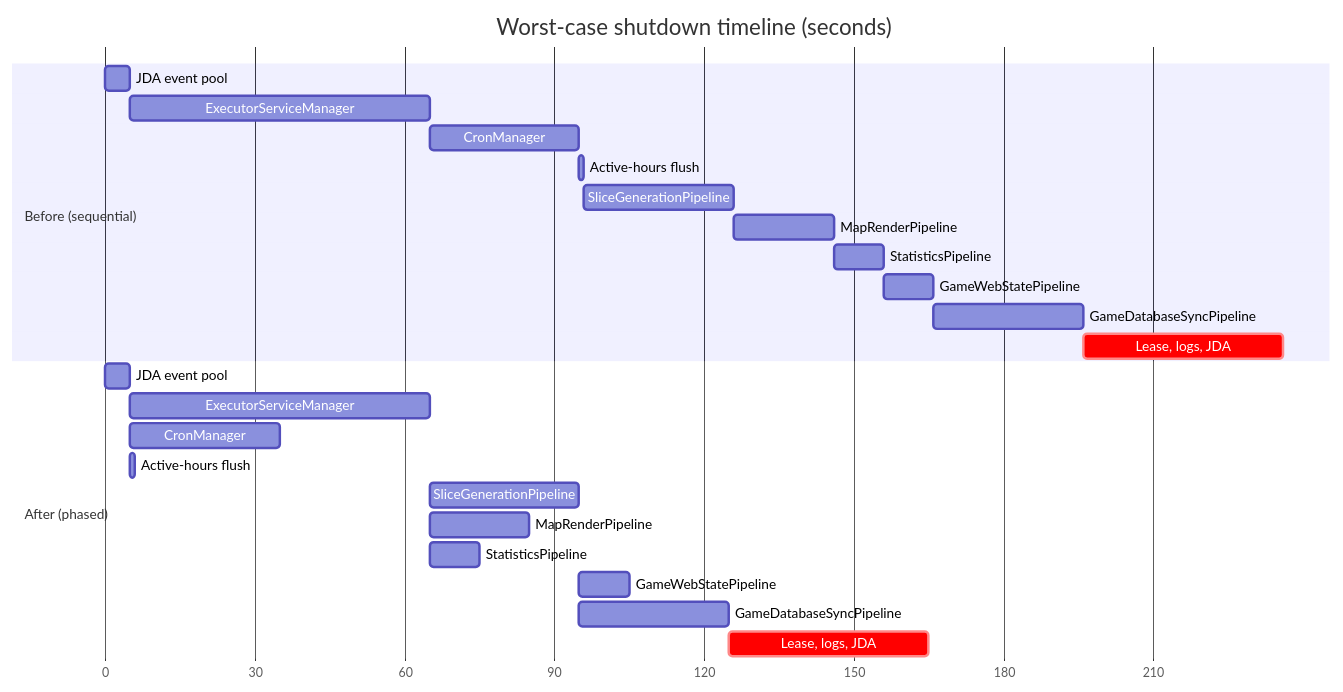
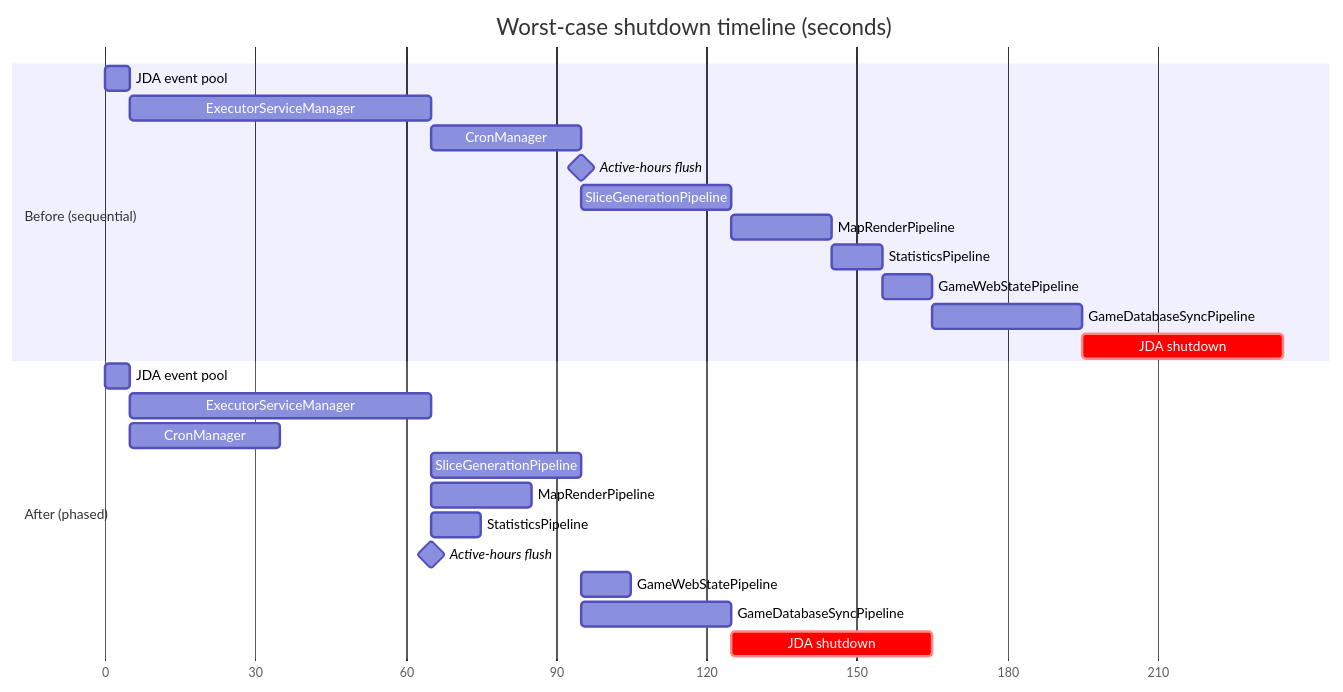
The fifth of 5 diagrams in DEPLOYMENT.md (AsyncTI4/TI4_map_generator_bot), drawn with Mermaid before and after one commit. The commit also changed other lines of this file and 5 other files, not shown here.

````diff
--- a/DEPLOYMENT.md
+++ b/DEPLOYMENT.md
@@ -213,30 +219,30 @@
 ```mermaid
 gantt
     title Worst-case shutdown timeline (seconds)
     dateFormat X
     axisFormat %s
 
     section Before (sequential)
     JDA event pool            :b1, 0, 5s
     ExecutorServiceManager    :b2, after b1, 60s
     CronManager               :b3, after b2, 30s
-    Active-hours flush        :b4, after b3, 1s
-    SliceGenerationPipeline   :b5, after b4, 30s
+    Active-hours flush        :milestone, b4, after b3, 0s
+    SliceGenerationPipeline   :b5, after b3, 30s
     MapRenderPipeline         :b6, after b5, 20s
     StatisticsPipeline        :b7, after b6, 10s
     GameWebStatePipeline      :b8, after b7, 10s
     GameDatabaseSyncPipeline  :b9, after b8, 30s
-    Lease, logs, JDA          :crit, b10, after b9, 40s
+    JDA shutdown              :crit, b10, after b9, 40s
 
     section After (phased)
     JDA event pool            :a1, 0, 5s
     ExecutorServiceManager    :a2, after a1, 60s
     CronManager               :a3, after a1, 30s
-    Active-hours flush        :a4, after a1, 1s
     SliceGenerationPipeline   :a5, after a2, 30s
     MapRenderPipeline         :a6, after a2, 20s
     StatisticsPipeline        :a7, after a2, 10s
+    Active-hours flush        :milestone, a4, after a2, 0s
     GameWebStatePipeline      :a8, after a5, 10s
     GameDatabaseSyncPipeline  :a9, after a5, 30s
-    Lease, logs, JDA          :crit, a10, after a9, 40s
+    JDA shutdown              :crit, a10, after a9, 40s
 ```
````
